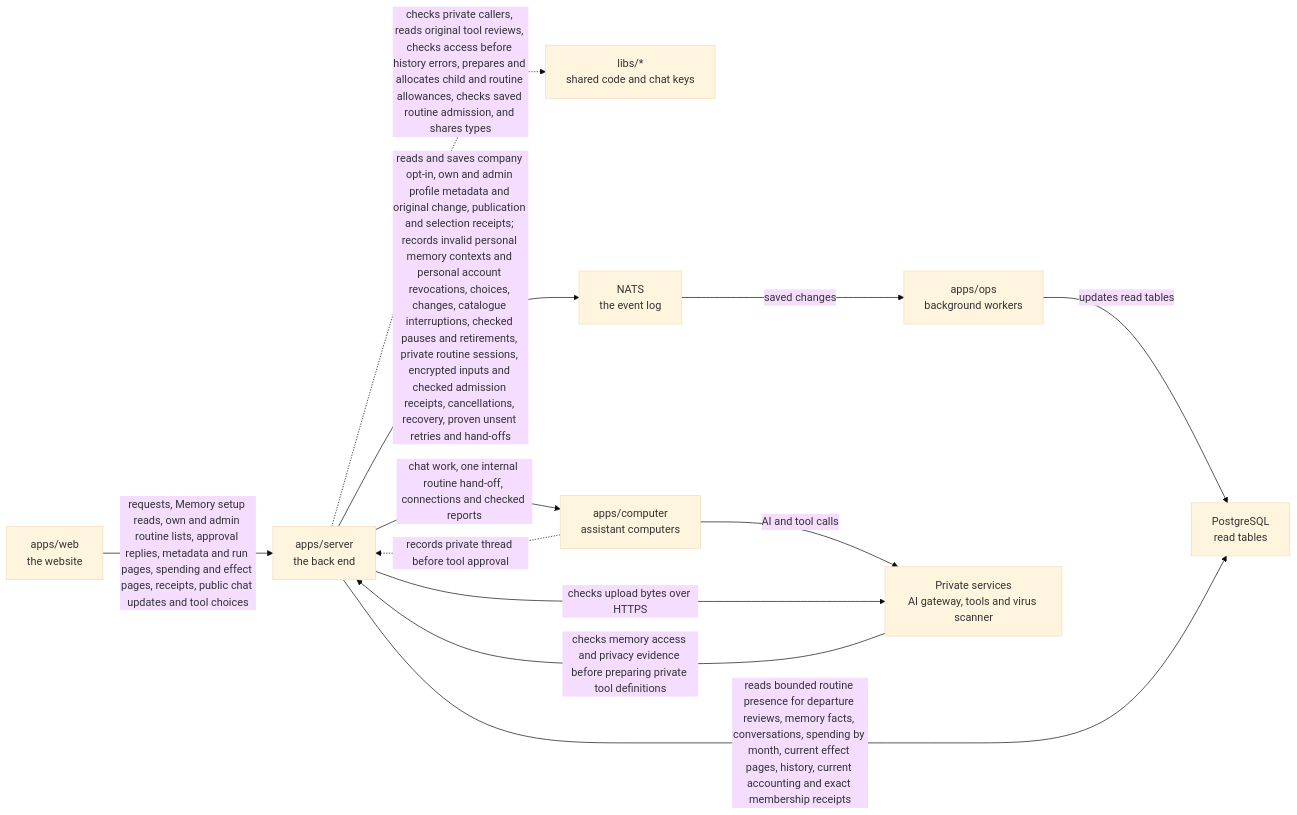
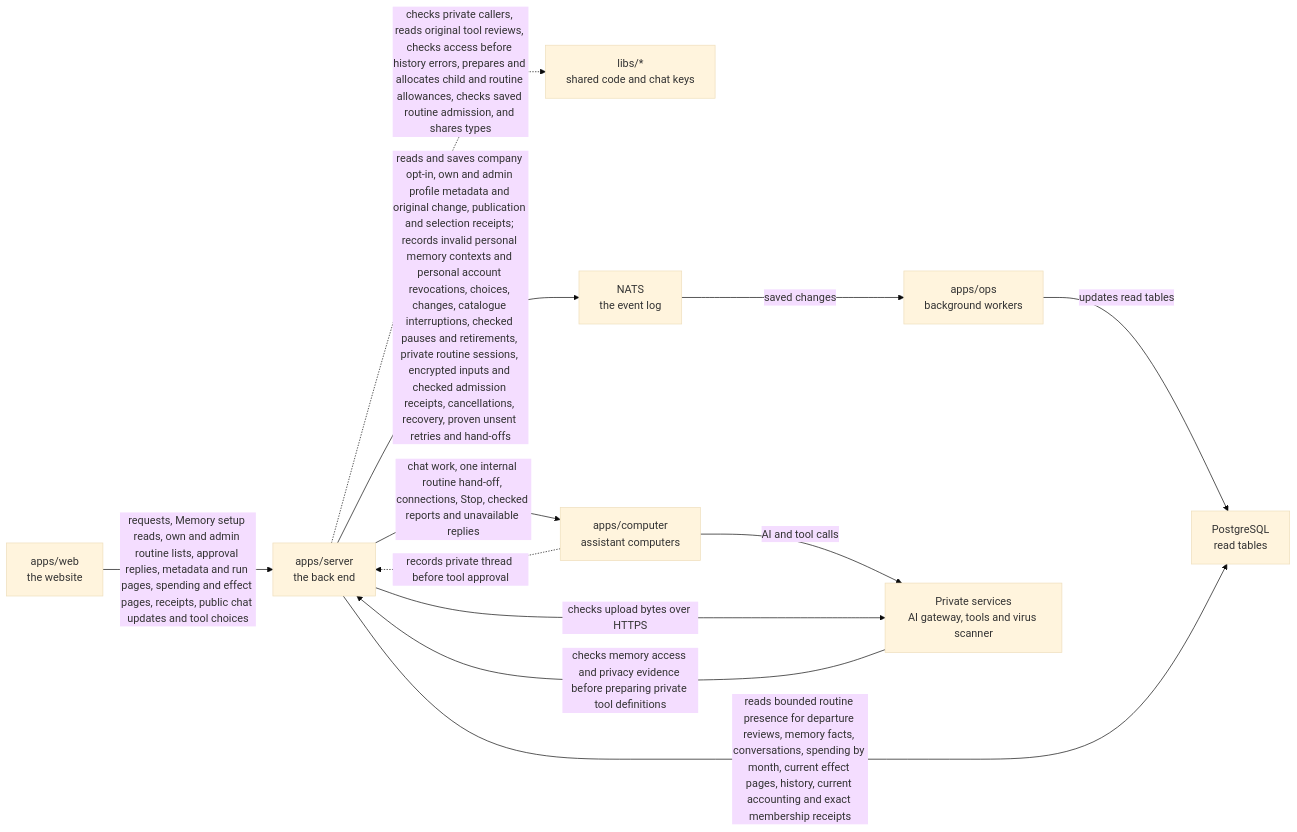
Before and after one commit to elewa-git/opencrane-new: the diagram in apps/server/README.md, drawn with Mermaid (base theme). The commit also changed other lines of this file and 7 other files, not shown here.

````diff
--- a/apps/server/README.md
+++ b/apps/server/README.md
@@ -105,14 +107,14 @@
 ```mermaid
 flowchart LR
   web["apps/web<br/>the website"] -->|requests, Memory setup reads, own and admin routine lists, approval replies, metadata and run pages, spending and effect pages, receipts, public chat updates and tool choices| server["apps/server<br/>the back end"]
   server -.->|checks private callers, reads original tool reviews, checks access before history errors, prepares and allocates child and routine allowances, checks saved routine admission, and shares types| libs["libs/*<br/>shared code and chat keys"]
   server -->|reads and saves company opt-in, own and admin profile metadata and original change, publication and selection receipts; records invalid personal memory contexts and personal account revocations, choices, changes, catalogue interruptions, checked pauses and retirements, private routine sessions, encrypted inputs and checked admission receipts, cancellations, recovery, proven unsent retries and hand-offs| nats["NATS<br/>the event log"]
   nats -->|saved changes| ops["apps/ops<br/>background workers"]
   ops -->|updates read tables| postgres["PostgreSQL<br/>read tables"]
   server -->|reads bounded routine presence for departure reviews, memory facts, conversations, spending by month, current effect pages, history, current accounting and exact membership receipts| postgres
-  server -->|chat work, one internal routine hand-off, connections and checked reports| computer["apps/computer<br/>assistant computers"]
+  server -->|chat work, one internal routine hand-off, connections, Stop, checked reports and unavailable replies| computer["apps/computer<br/>assistant computers"]
   computer -.->|records private thread before tool approval| server
   computer -->|AI and tool calls| runtime["Private services<br/>AI gateway, tools and virus scanner"]
   server -->|checks upload bytes over HTTPS| runtime
   runtime -->|checks memory access and privacy evidence before preparing private tool definitions| server
 ```
````
